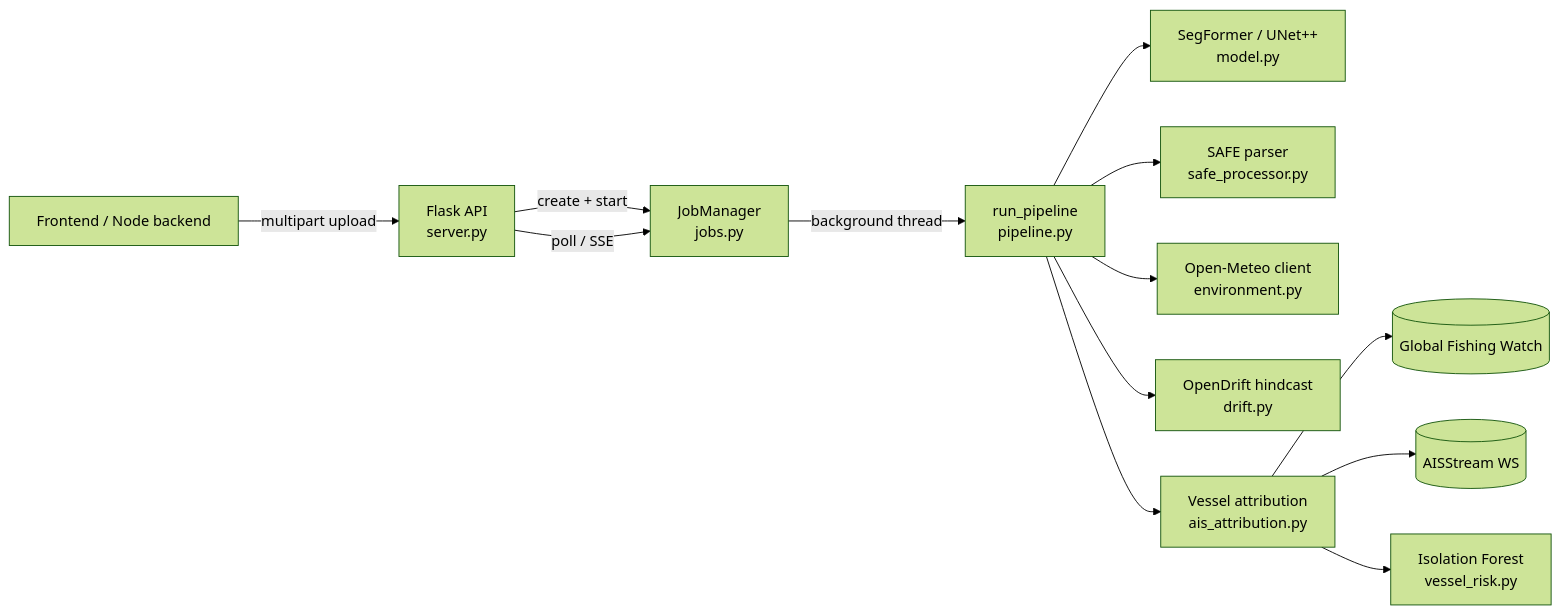
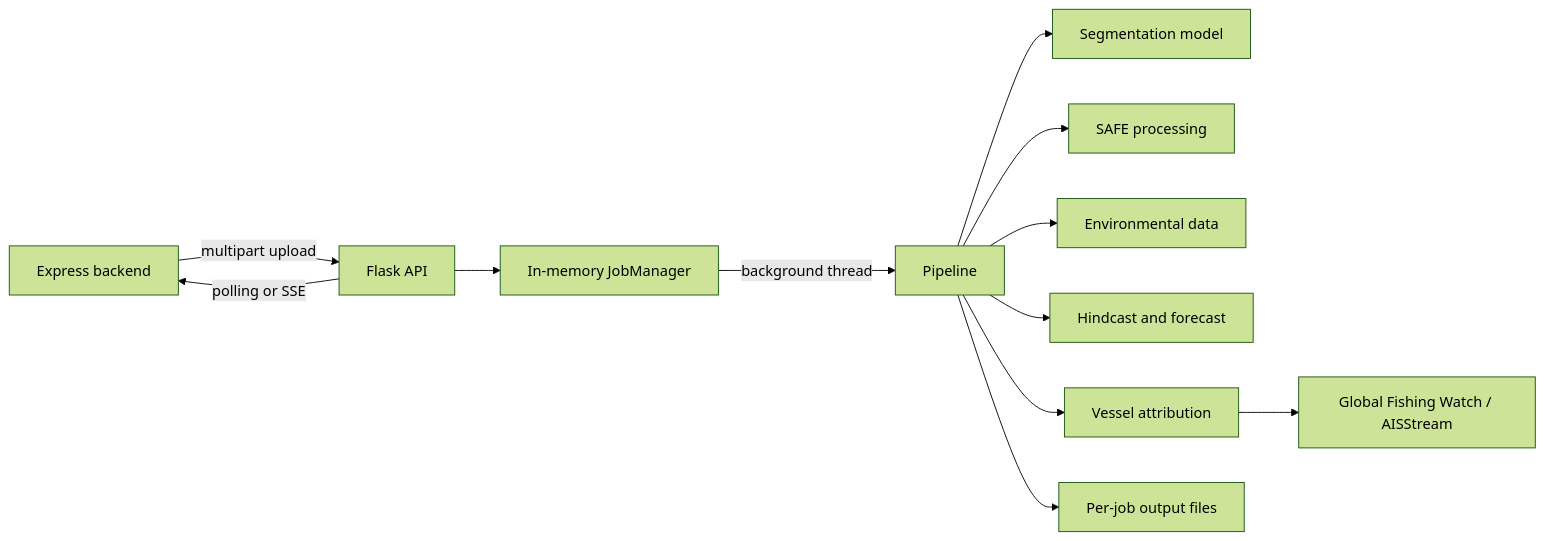
One commit to shivansh-dhakad/oil-spill-detection-and-vessel-identification changed the diagram in ml_service/Architecture.md. Above: the diagram before and after it, drawn with Mermaid (forest theme). The commit also changed other lines of this file and 6 other files, not shown here.

````diff
--- a/ml_service/Architecture.md
+++ b/ml_service/Architecture.md
@@ -5,15 +7,14 @@
 ```mermaid
-graph LR
-    FE[Frontend / Node backend] -->|multipart upload| API[Flask API<br/>server.py]
-    API -->|create + start| JM[JobManager<br/>jobs.py]
-    JM -->|background thread| PIPE[run_pipeline<br/>pipeline.py]
-    API -->|poll / SSE| JM
-    PIPE --> MODEL[SegFormer / UNet++<br/>model.py]
-    PIPE --> SAFE[SAFE parser<br/>safe_processor.py]
-    PIPE --> ENV[Open-Meteo client<br/>environment.py]
-    PIPE --> DRIFT[OpenDrift hindcast<br/>drift.py]
-    PIPE --> AIS[Vessel attribution<br/>ais_attribution.py]
-    AIS --> GFW[(Global Fishing Watch)]
-    AIS --> AISSTREAM[(AISStream WS)]
-    AIS --> IFOREST[Isolation Forest<br/>vessel_risk.py]
+flowchart LR
+    B[Express backend] -->|multipart upload| F[Flask API]
+    F --> J[In-memory JobManager]
+    J -->|background thread| P[Pipeline]
+    P --> M[Segmentation model]
+    P --> S[SAFE processing]
+    P --> E[Environmental data]
+    P --> D[Hindcast and forecast]
+    P --> A[Vessel attribution]
+    A --> G[Global Fishing Watch / AISStream]
+    P --> O[Per-job output files]
+    F -->|polling or SSE| B
 ```
````
